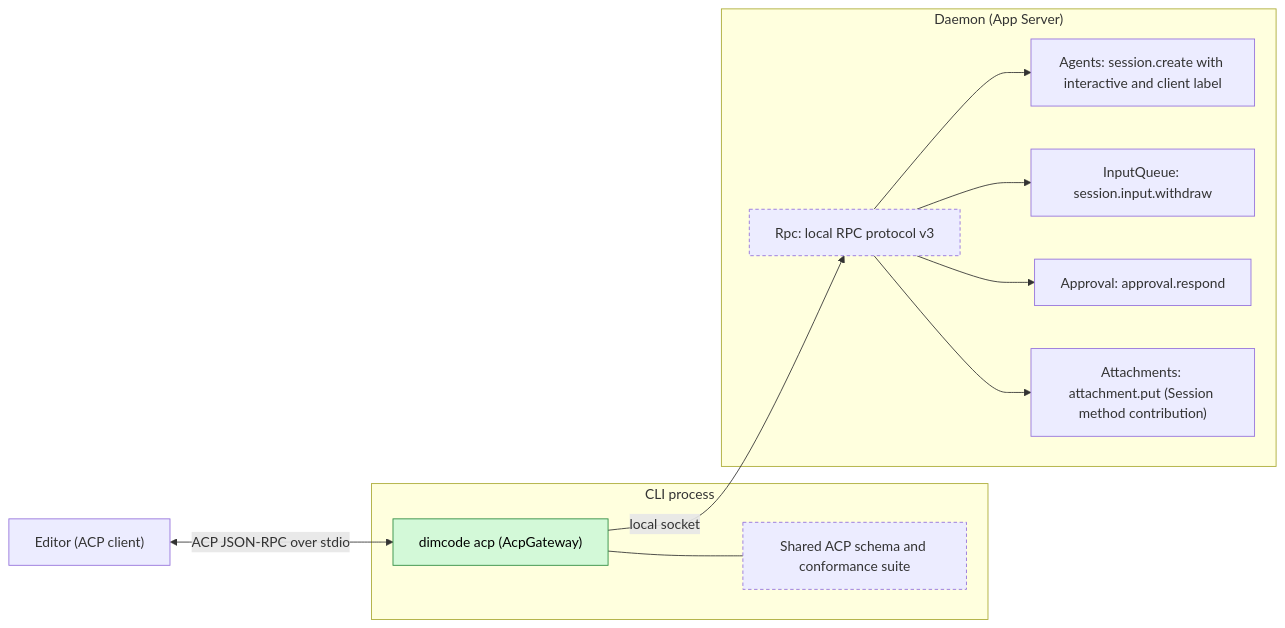
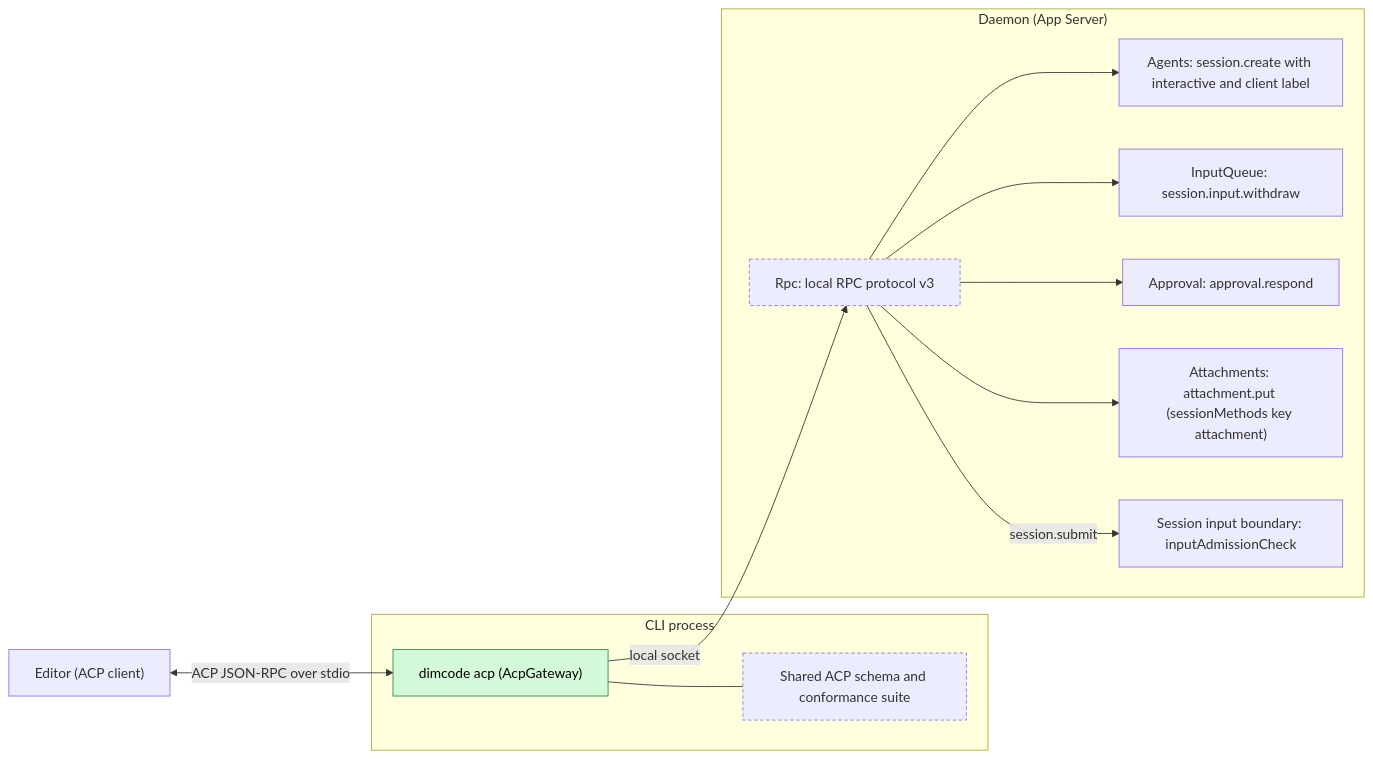
Before and after one commit to CoutinhoTTS/dim-agent: the first of 5 diagrams in docs/design/plugins/AcpGateway.md, drawn with Mermaid. The commit also changed other lines of this file and 3 other files, not shown here.

````diff
--- a/docs/design/plugins/AcpGateway.md
+++ b/docs/design/plugins/AcpGateway.md
@@ -9,24 +9,26 @@
 ```mermaid
 flowchart LR
   classDef new fill:#d3f9d8,stroke:#2b8a3e,color:#000
   classDef contract stroke-dasharray:4 3
   Editor["Editor (ACP client)"]
   subgraph cli["CLI process"]
     GW["dimcode acp (AcpGateway)"]:::new
     Schema["Shared ACP schema and conformance suite"]:::contract
   end
   subgraph daemon["Daemon (App Server)"]
     Rpc["Rpc: local RPC protocol v3"]:::contract
     Agents["Agents: session.create with interactive and client label"]
     IQ["InputQueue: session.input.withdraw"]
     Appr["Approval: approval.respond"]
-    Att["Attachments: attachment.put (Session method contribution)"]
+    Att["Attachments: attachment.put (sessionMethods key attachment)"]
+    IA["Session input boundary: inputAdmissionCheck"]
   end
   Editor <-->|"ACP JSON-RPC over stdio"| GW
   GW --- Schema
   GW -->|"local socket"| Rpc
   Rpc --> Agents
   Rpc --> IQ
   Rpc --> Appr
   Rpc --> Att
+  Rpc -->|"session.submit"| IA
 ```
````
